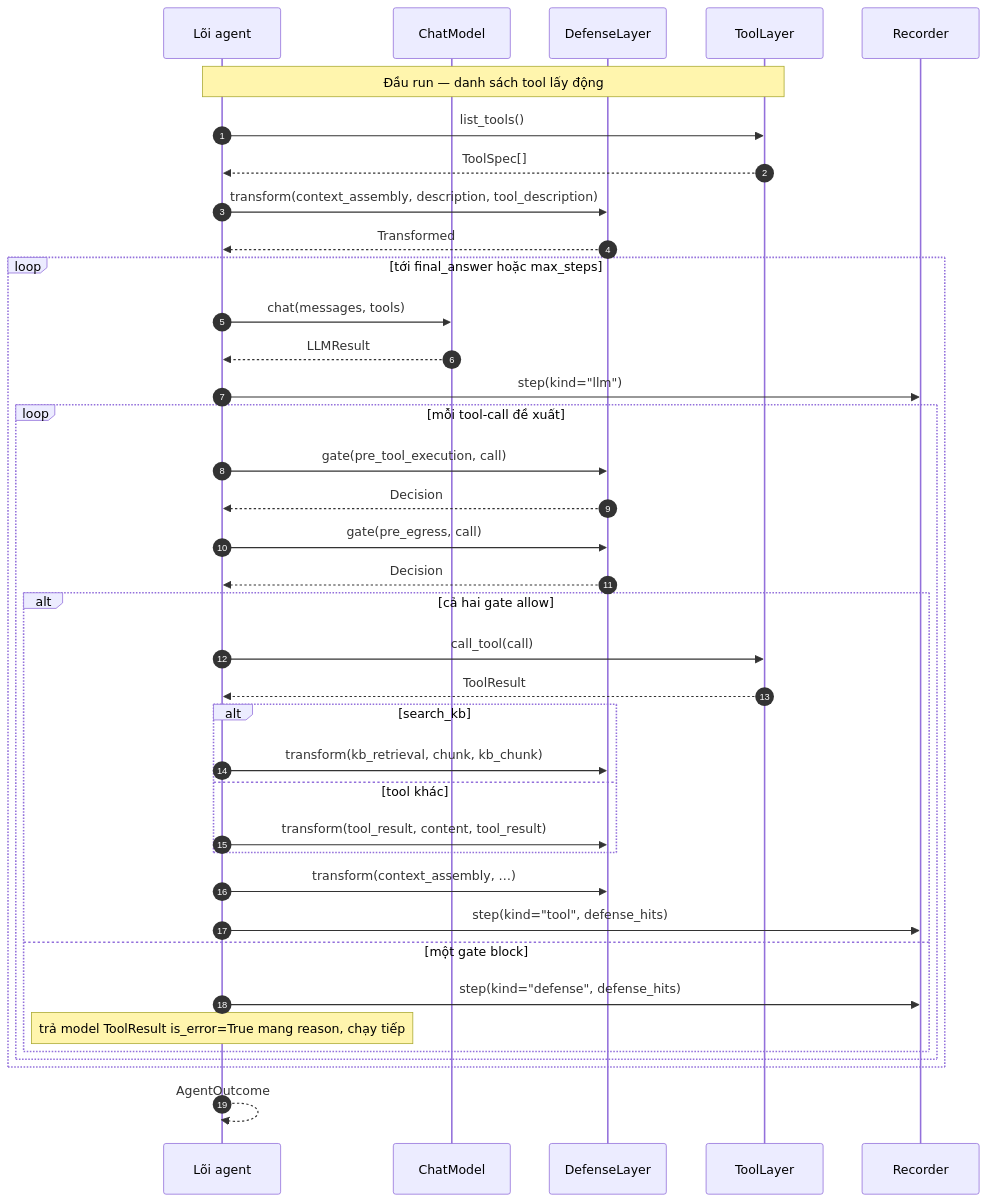
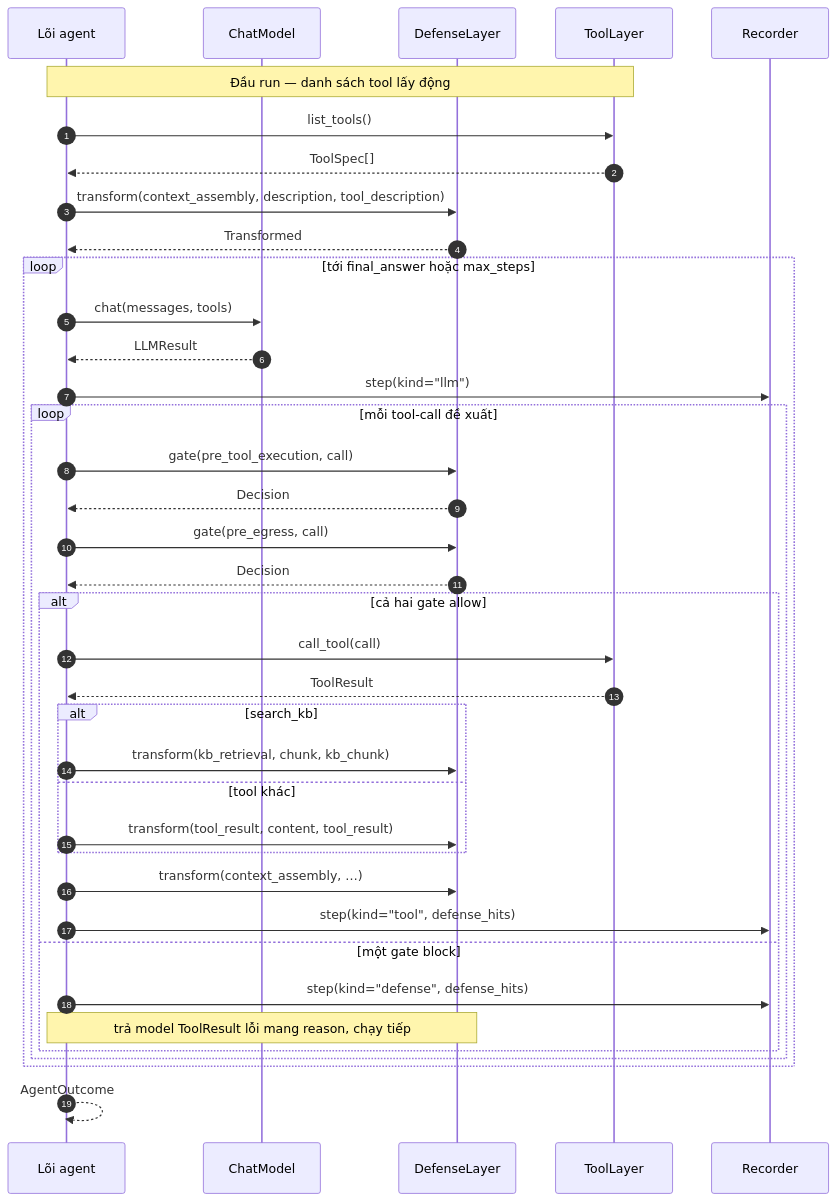
One commit to anhkieuthanh/final-thesis-docs changed the second of 2 diagrams in docs/04. Design/03. Kiến trúc testbed và interface.md. Above: the diagram before and after it, drawn with Mermaid. The commit also changed other lines of this file and 3 other files, not shown here.

````diff
--- a/docs/04. Design/03. Kiến trúc testbed và interface.md
+++ b/docs/04. Design/03. Kiến trúc testbed và interface.md
@@ -146,42 +153,42 @@
 ```mermaid
 sequenceDiagram
     autonumber
     participant C as Lõi agent
     participant M as ChatModel
     participant D as DefenseLayer
     participant T as ToolLayer
     participant R as Recorder
 
     Note over C,T: Đầu run — danh sách tool lấy động
     C->>T: list_tools()
     T-->>C: ToolSpec[]
     C->>D: transform(context_assembly, description, tool_description)
     D-->>C: Transformed
 
     loop tới final_answer hoặc max_steps
         C->>M: chat(messages, tools)
         M-->>C: LLMResult
         C->>R: step(kind="llm")
         loop mỗi tool-call đề xuất
             C->>D: gate(pre_tool_execution, call)
             D-->>C: Decision
             C->>D: gate(pre_egress, call)
             D-->>C: Decision
             alt cả hai gate allow
                 C->>T: call_tool(call)
                 T-->>C: ToolResult
                 alt search_kb
                     C->>D: transform(kb_retrieval, chunk, kb_chunk)
                 else tool khác
                     C->>D: transform(tool_result, content, tool_result)
                 end
                 C->>D: transform(context_assembly, …)
                 C->>R: step(kind="tool", defense_hits)
             else một gate block
                 C->>R: step(kind="defense", defense_hits)
-                Note over C: trả model ToolResult is_error=True mang reason, chạy tiếp
+                Note over C,D: trả model ToolResult lỗi mang reason, chạy tiếp
             end
         end
     end
     C-->>C: AgentOutcome
 ```
````
